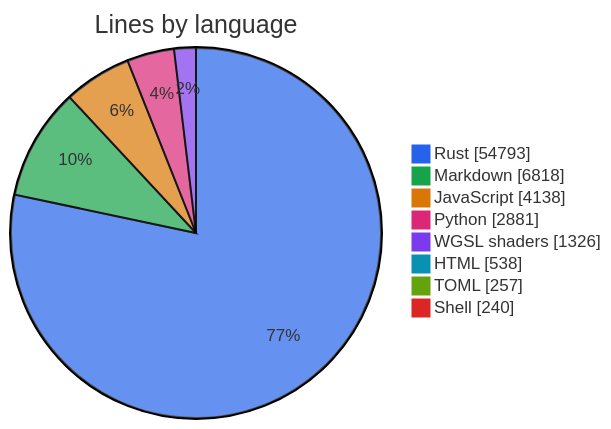
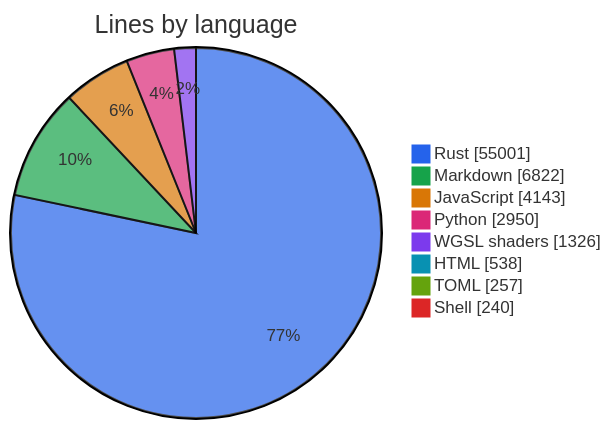
Before and after one commit to thomascherickal/ferrum-gpu: the first of 2 diagrams in metrics.md, drawn with Mermaid. The commit also changed other lines of this file and 60 other files, not shown here.

````diff
--- a/metrics.md
+++ b/metrics.md
@@ -22,12 +22,12 @@
 ```mermaid
 %%{init: {"theme": "base", "themeVariables": {"pie1": "#2563eb", "pie2": "#16a34a", "pie3": "#d97706", "pie4": "#db2777", "pie5": "#7c3aed", "pie6": "#0891b2", "pie7": "#65a30d", "pie8": "#dc2626"}}}%%
 pie showData title Lines by language
-    "Rust" : 54793
-    "Markdown" : 6818
-    "JavaScript" : 4138
-    "Python" : 2881
+    "Rust" : 55001
+    "Markdown" : 6822
+    "JavaScript" : 4143
+    "Python" : 2950
     "WGSL shaders" : 1326
     "HTML" : 538
     "TOML" : 257
     "Shell" : 240
 ```
````
